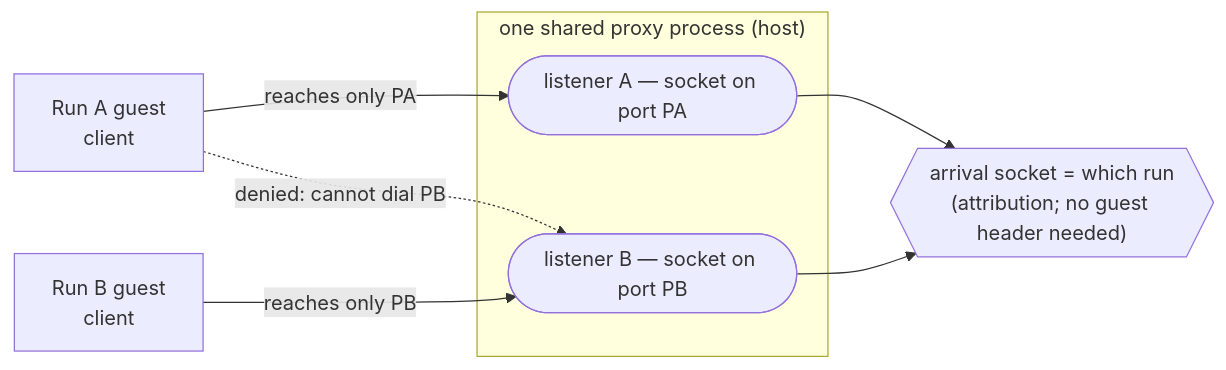
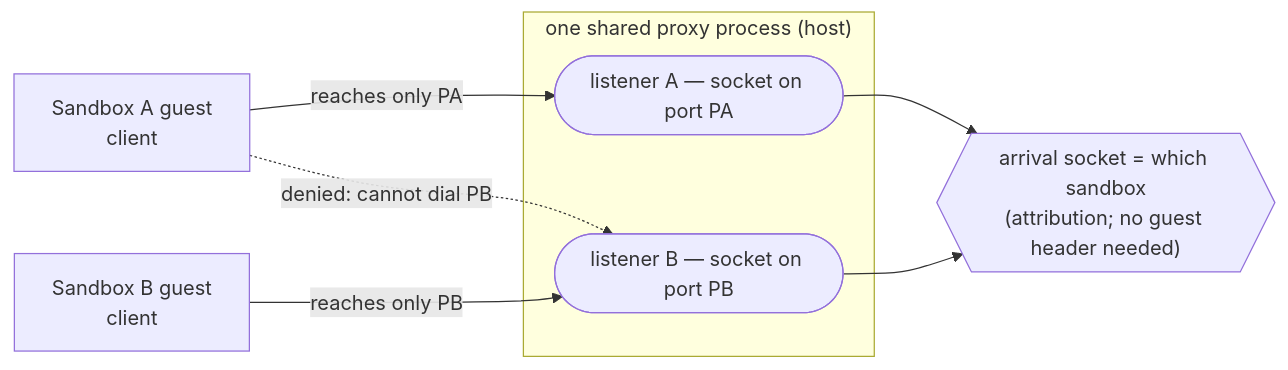
The first of 4 diagrams in docs/rfc/0002-guest-network-egress-and-credential-containment.md (the-void-ia/void-box), drawn with Mermaid before and after one commit. The commit also changed other lines of this file and 7 other files, not shown here.

First line of the commit message:
docs: rename per-run → per-sandbox across RFC-0002 and ADRs

````diff
--- a/docs/rfc/0002-guest-network-egress-and-credential-containment.md
+++ b/docs/rfc/0002-guest-network-egress-and-credential-containment.md
@@ -57,14 +57,14 @@
 ```mermaid
 flowchart LR
-  gA["Run A guest<br/>client"]
-  gB["Run B guest<br/>client"]
+  gA["Sandbox A guest<br/>client"]
+  gB["Sandbox B guest<br/>client"]
   subgraph P["one shared proxy process (host)"]
     LA(["listener A — socket on port PA"])
     LB(["listener B — socket on port PB"])
   end
   gA -->|"reaches only PA"| LA
   gB -->|"reaches only PB"| LB
   gA -.->|"denied: cannot dial PB"| LB
-  LA --> R{{"arrival socket = which run<br/>(attribution; no guest header needed)"}}
+  LA --> R{{"arrival socket = which sandbox<br/>(attribution; no guest header needed)"}}
   LB --> R
 ```
````
